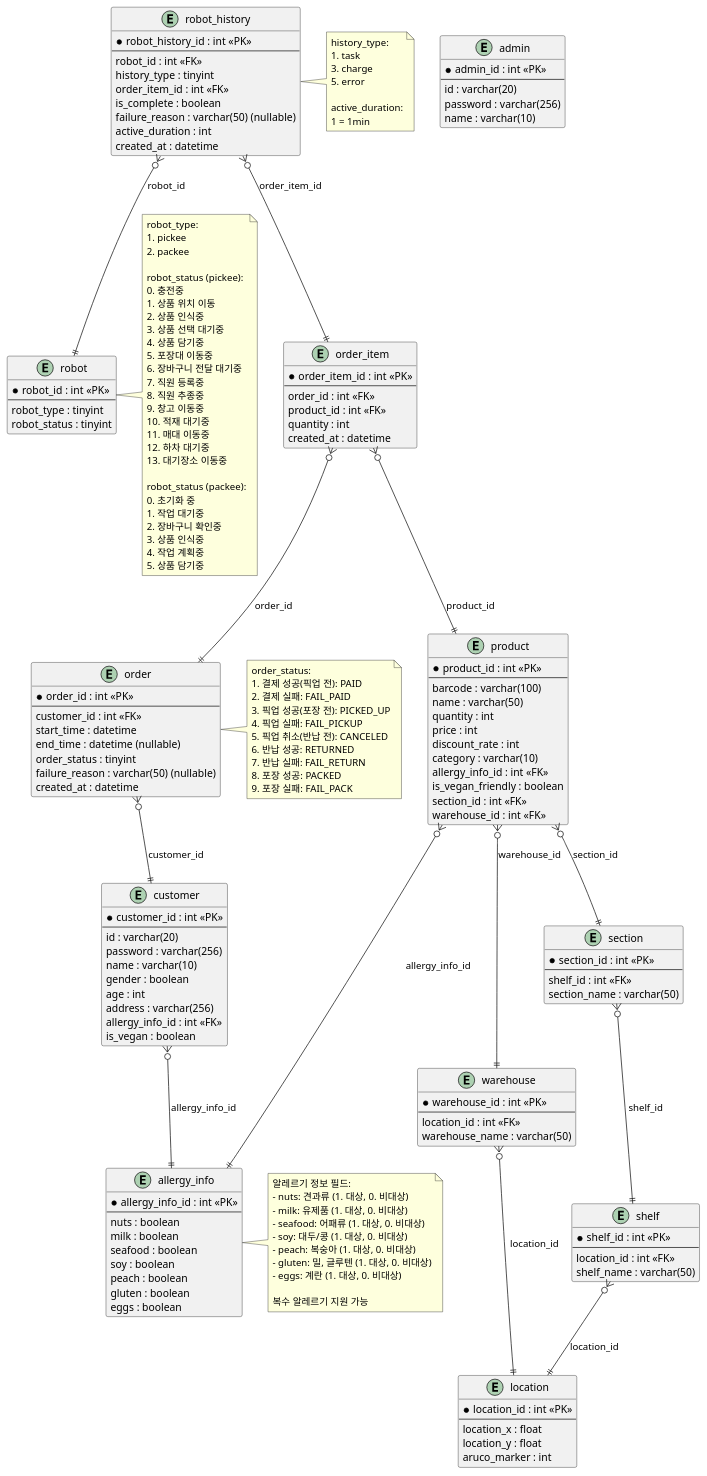
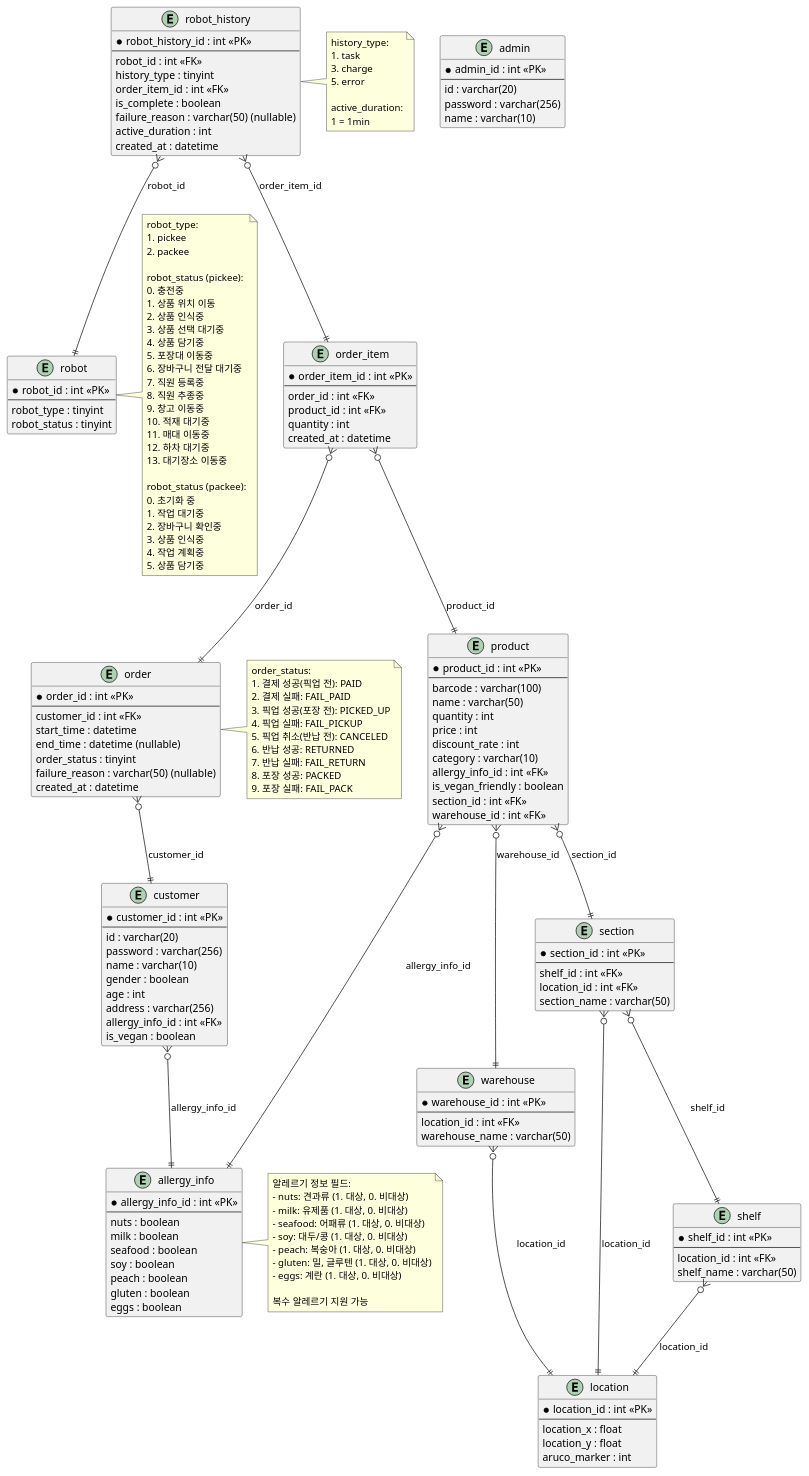
Before and after one commit to addinedu-roscamp-7th/roscamp-repo-1: the diagram in docs/ERDiagram/ERDiagram.md, drawn with PlantUML. The commit also changed 18 other files, not shown here.

```diff
--- a/docs/ERDiagram/ERDiagram.md
+++ b/docs/ERDiagram/ERDiagram.md
@@ -117,6 +117,7 @@
   * section_id : int <<PK>>
   --
   shelf_id : int <<FK>>
+  location_id : int <<FK>>
   section_name : varchar(50)
 }
 
@@ -136,6 +137,7 @@
 warehouse }o--|| location : "location_id"
 shelf }o--|| location : "location_id"
 section }o--|| shelf : "shelf_id"
+section }o--|| location : "location_id"
 
 ' ==========================
 '  Notes
```
